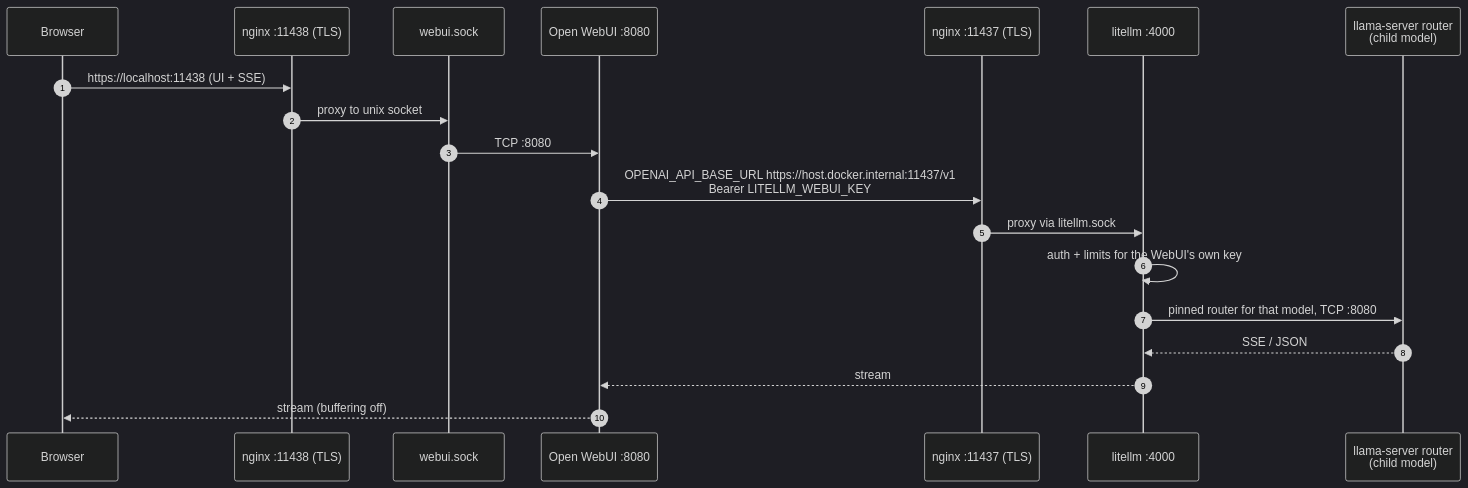
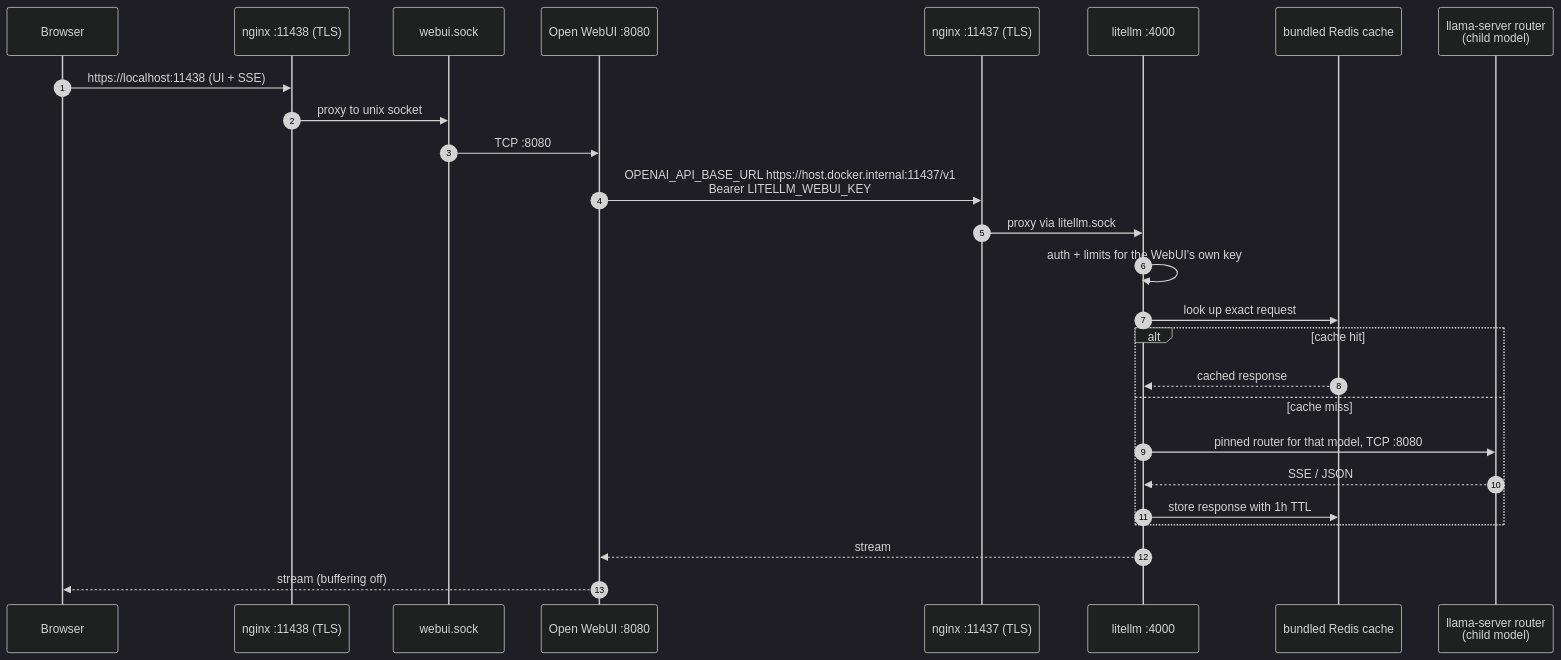
One commit to SpotDraft/llamacpp-serve changed the diagram in docs/diagrams/webui-flow-litellm.mmd. Above: the diagram before and after it, drawn with Mermaid (dark theme). The commit also changed 15 other files, not shown here.

First line of the commit message:
feat: add persistent Redis response caching

```diff
--- a/docs/diagrams/webui-flow-litellm.mmd
+++ b/docs/diagrams/webui-flow-litellm.mmd
@@ -1,20 +1,27 @@
 sequenceDiagram
     autonumber
     participant B as Browser
     participant N2 as nginx :11438 (TLS)
     participant WS as webui.sock
     participant W as Open WebUI :8080
     participant N1 as nginx :11437 (TLS)
     participant LL as litellm :4000
+    participant RC as bundled Redis cache
     participant L as llama-server router<br/>(child model)
 
     B->>N2: https://localhost:11438 (UI + SSE)
     N2->>WS: proxy to unix socket
     WS->>W: TCP :8080
     W->>N1: OPENAI_API_BASE_URL https://host.docker.internal:11437/v1<br/>Bearer LITELLM_WEBUI_KEY
     N1->>LL: proxy via litellm.sock
     LL->>LL: auth + limits for the WebUI's own key
-    LL->>L: pinned router for that model, TCP :8080
-    L-->>LL: SSE / JSON
+    LL->>RC: look up exact request
+    alt cache hit
+        RC-->>LL: cached response
+    else cache miss
+        LL->>L: pinned router for that model, TCP :8080
+        L-->>LL: SSE / JSON
+        LL->>RC: store response with 1h TTL
+    end
     LL-->>W: stream
     W-->>B: stream (buffering off)
```
